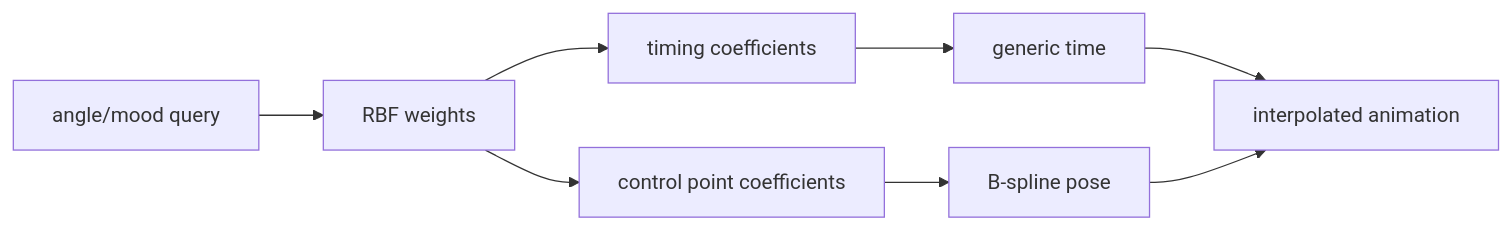
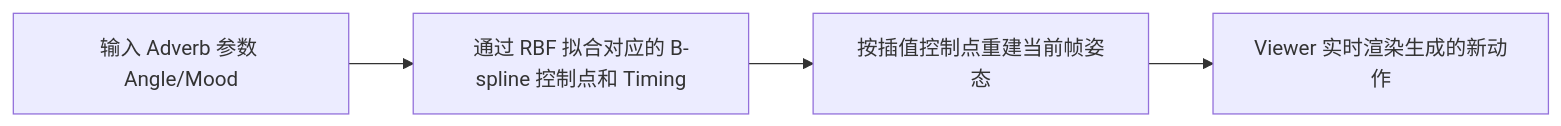
The ninth of 9 diagrams in docs/blog/AnimationPapers/verbs_and_adverbs/README.md (EvihGraphics/AnimationTech-HTC), drawn with Mermaid before and after one commit. The commit also changed other lines of this file and 17 other files, not shown here.

Commit message:
docs(blog): standardize AnimationPapers and Theory with modular mermaid flows and media assets

````diff
--- a/docs/blog/AnimationPapers/verbs_and_adverbs/README.md
+++ b/docs/blog/AnimationPapers/verbs_and_adverbs/README.md
@@ -110,10 +203,6 @@
 ```mermaid
 flowchart LR
-    A[angle/mood query] --> R[RBF weights]
-    R --> T[timing coefficients]
-    R --> C[control point coefficients]
-    T --> P[generic time]
-    C --> B[B-spline pose]
-    P --> O[interpolated animation]
-    B --> O
+    A[输入 Adverb 参数 Angle/Mood] --> B[通过 RBF 拟合对应的 B-spline 控制点和 Timing]
+    B --> C[按插值控制点重建当前帧姿态]
+    C --> D[Viewer 实时渲染生成的新动作]
 ```
````
